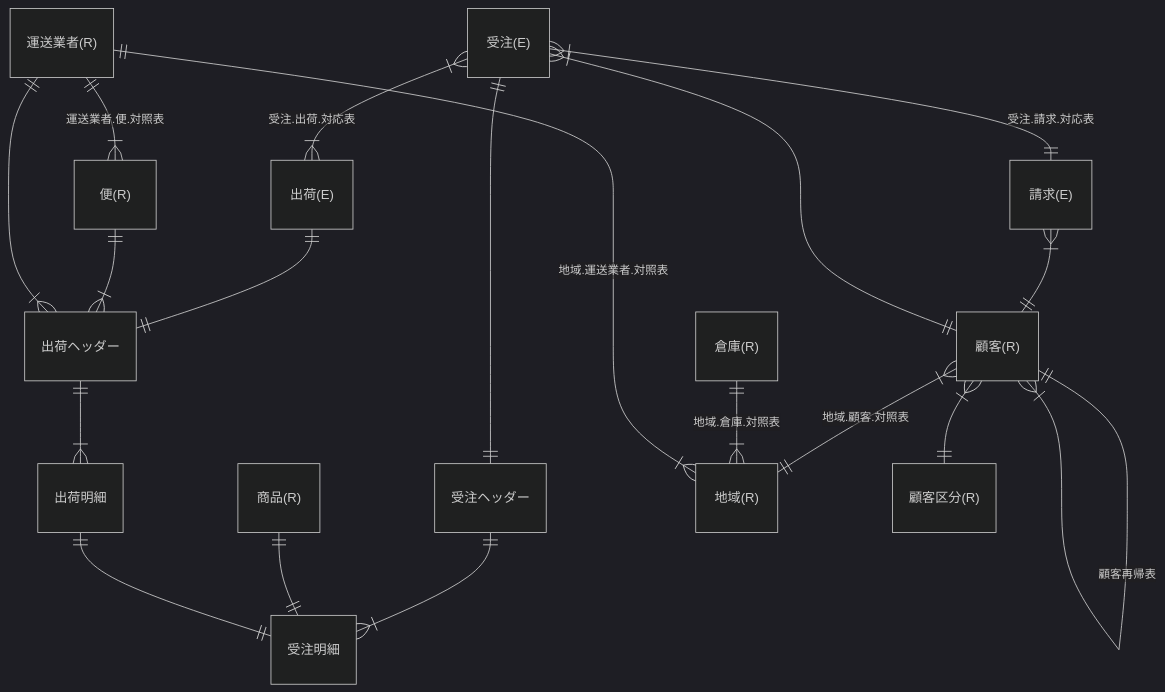
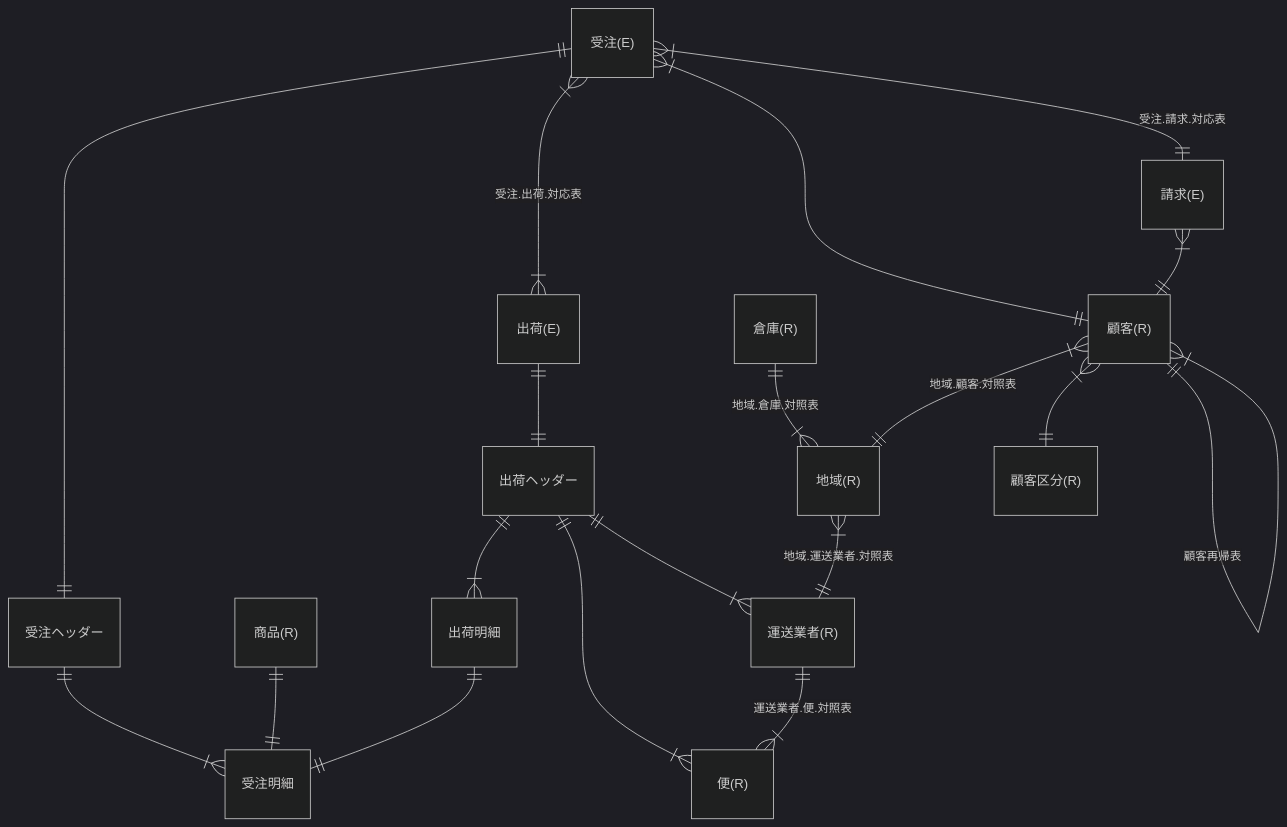
Before and after one commit to system-sekkei/tm-guide: the second of 2 diagrams in documents/data-model.md, drawn with Mermaid (dark theme).

Commit message:
左右の順序を入れ替えて図を整形

````diff
--- a/documents/data-model.md
+++ b/documents/data-model.md
@@ -24,21 +24,22 @@
 ```mermaid
 erDiagram
     "受注(E)" ||--|| "受注ヘッダー" : ""
     "受注ヘッダー" ||--|{ "受注明細" : ""
     "商品(R)" ||--|| "受注明細" : ""
     "出荷(E)" ||--|| "出荷ヘッダー" : ""
     "出荷ヘッダー" ||--|{ "出荷明細" : ""
     "出荷明細" ||--|| "受注明細" : ""
-    "顧客(R)" ||--|{ "受注(E)" : ""
+    "受注(E)" }|--|{ "出荷(E)" : "受注.出荷.対応表"
+    "受注(E)" }|--|| "顧客(R)" : ""
     "顧客(R)" }|--|| "地域(R)" : "地域.顧客.対照表"
     "倉庫(R)" ||--|{ "地域(R)" : "地域.倉庫.対照表"
-    "運送業者(R)" ||--|{ "地域(R)" : "地域.運送業者.対照表"
+    "地域(R)" }|--|| "運送業者(R)" : "地域.運送業者.対照表"
     "運送業者(R)" ||--|{ "便(R)" : "運送業者.便.対照表"
-    "便(R)" ||--|{ "出荷ヘッダー" : ""
+    "出荷ヘッダー" ||--|{ "便(R)" : ""
     "顧客(R)" }|--|| "顧客区分(R)" : ""
-    "運送業者(R)" ||--|{ "出荷ヘッダー" : ""
+    "出荷ヘッダー" ||--|{ "運送業者(R)" : ""
     "請求(E)" }|--|| "顧客(R)" : ""
     "受注(E)" }|--|| "請求(E)" : "受注.請求.対応表"
     "顧客(R)" ||--|{ "顧客(R)" : "顧客再帰表"
-    "受注(E)" }|--|{ "出荷(E)" : "受注.出荷.対応表"
+
 ```
````
